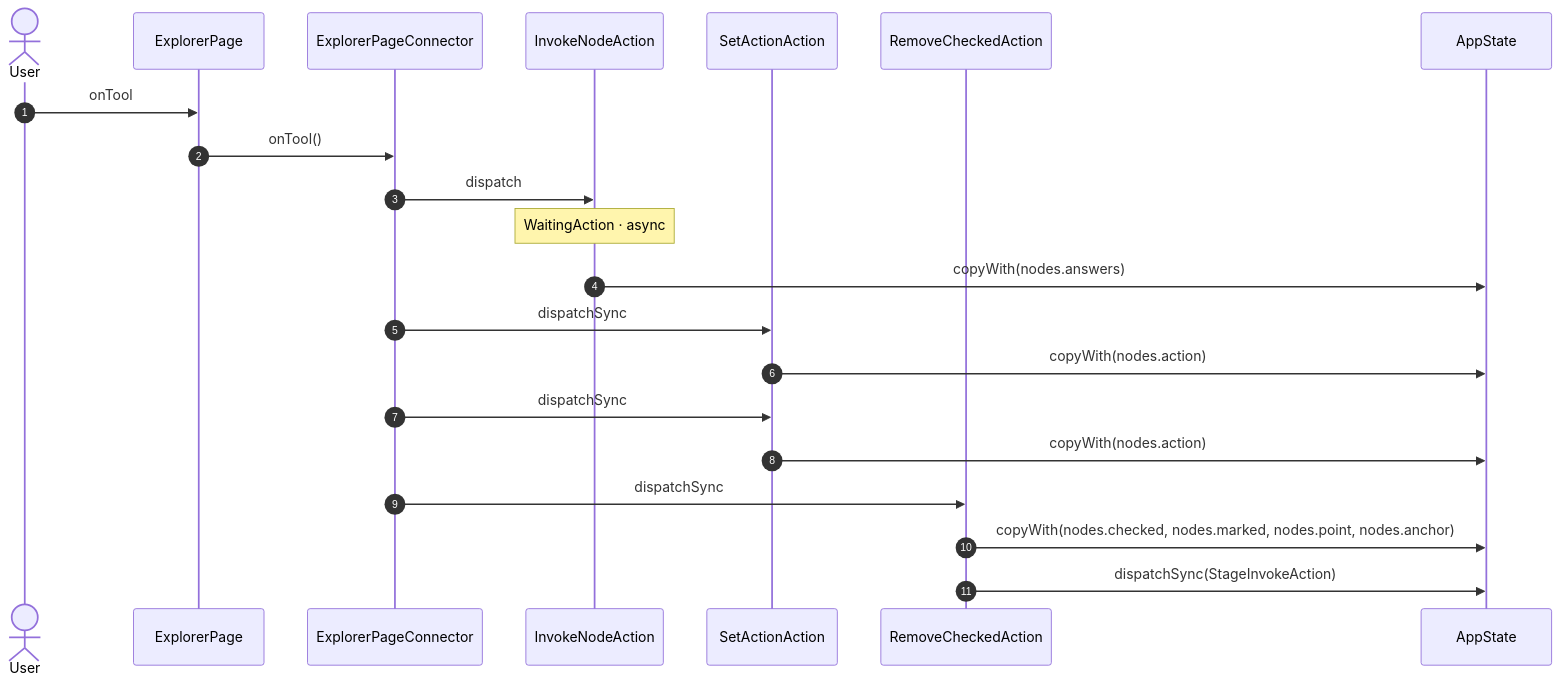
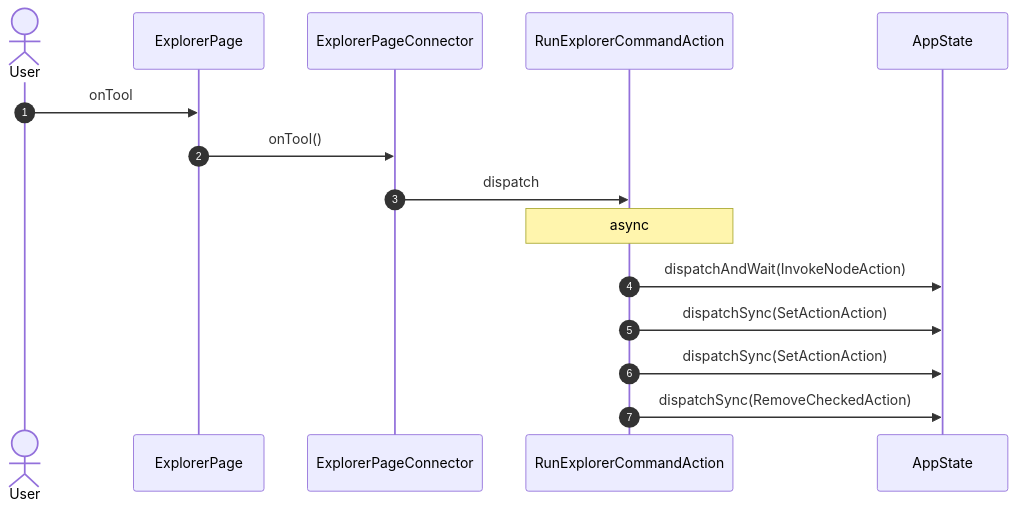
Before and after one commit to gencto/wyrm: diagram 29 of 58 in studio/docs/flows/explorer.md, drawn with Mermaid. The commit also changed other lines of this file and 20 other files, not shown here.

````diff
--- a/studio/docs/flows/explorer.md
+++ b/studio/docs/flows/explorer.md
@@ -515,24 +508,18 @@
 ```mermaid
 sequenceDiagram
     autonumber
     actor User
     participant UI as ExplorerPage
     participant VM as ExplorerPageConnector
-    participant A1 as InvokeNodeAction
-    participant A2 as SetActionAction
-    participant A3 as RemoveCheckedAction
+    participant A1 as RunExplorerCommandAction
     participant ST as AppState
 
     User->>UI: onTool
     UI->>VM: onTool()
     VM->>A1: dispatch
-    Note over A1: WaitingAction · async
-    A1->>ST: copyWith(nodes.answers)
-    VM->>A2: dispatchSync
-    A2->>ST: copyWith(nodes.action)
-    VM->>A2: dispatchSync
-    A2->>ST: copyWith(nodes.action)
-    VM->>A3: dispatchSync
-    A3->>ST: copyWith(nodes.checked, nodes.marked, nodes.point, nodes.anchor)
-    A3->>ST: dispatchSync(StageInvokeAction)
+    Note over A1: async
+    A1->>ST: dispatchAndWait(InvokeNodeAction)
+    A1->>ST: dispatchSync(SetActionAction)
+    A1->>ST: dispatchSync(SetActionAction)
+    A1->>ST: dispatchSync(RemoveCheckedAction)
 ```
````
